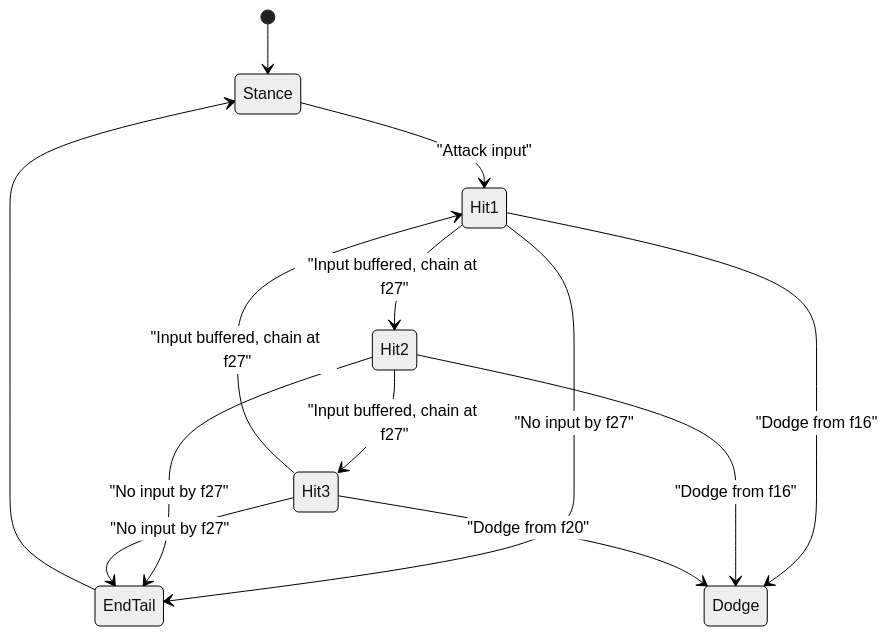
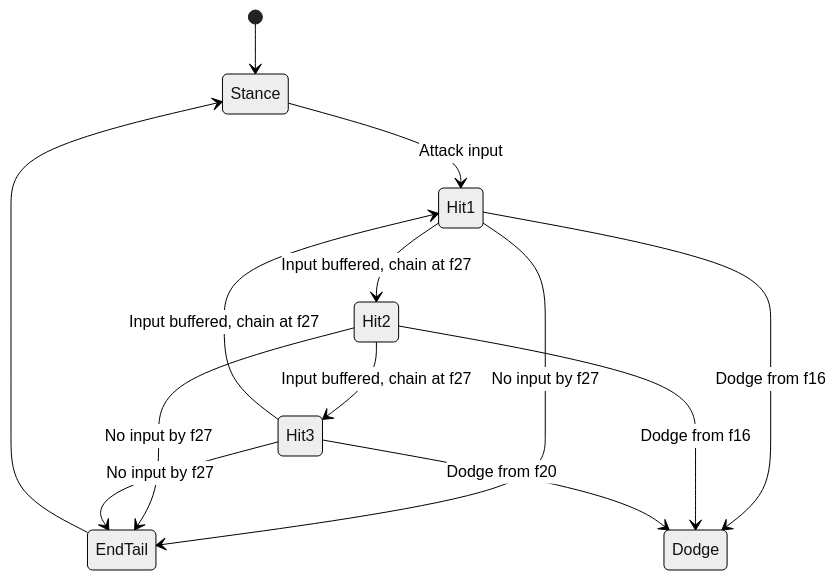
Before and after one commit to shrp1434/ZeroCheat: the diagram in Fight Animals for Eggs - Game Design Bible/13 - ANIMATION AND VFX/Animation/Animation - Player Attacks and Specials.md, drawn with Mermaid (neutral theme). The commit also changed 24 other files, not shown here.

````diff
--- a/Fight Animals for Eggs - Game Design Bible/13 - ANIMATION AND VFX/Animation/Animation - Player Attacks and Specials.md
+++ b/Fight Animals for Eggs - Game Design Bible/13 - ANIMATION AND VFX/Animation/Animation - Player Attacks and Specials.md
@@ -74,15 +74,15 @@
 ```mermaid
 stateDiagram-v2
     [*] --> Stance
-    Stance --> Hit1: "Attack input"
-    Hit1 --> Hit2: "Input buffered, chain at f27"
-    Hit2 --> Hit3: "Input buffered, chain at f27"
-    Hit3 --> Hit1: "Input buffered, chain at f27"
-    Hit1 --> EndTail: "No input by f27"
-    Hit2 --> EndTail: "No input by f27"
-    Hit3 --> EndTail: "No input by f27"
+    Stance --> Hit1: Attack input
+    Hit1 --> Hit2: Input buffered, chain at f27
+    Hit2 --> Hit3: Input buffered, chain at f27
+    Hit3 --> Hit1: Input buffered, chain at f27
+    Hit1 --> EndTail: No input by f27
+    Hit2 --> EndTail: No input by f27
+    Hit3 --> EndTail: No input by f27
     EndTail --> Stance
-    Hit1 --> Dodge: "Dodge from f16"
-    Hit2 --> Dodge: "Dodge from f16"
-    Hit3 --> Dodge: "Dodge from f20"
+    Hit1 --> Dodge: Dodge from f16
+    Hit2 --> Dodge: Dodge from f16
+    Hit3 --> Dodge: Dodge from f20
 ```
````
